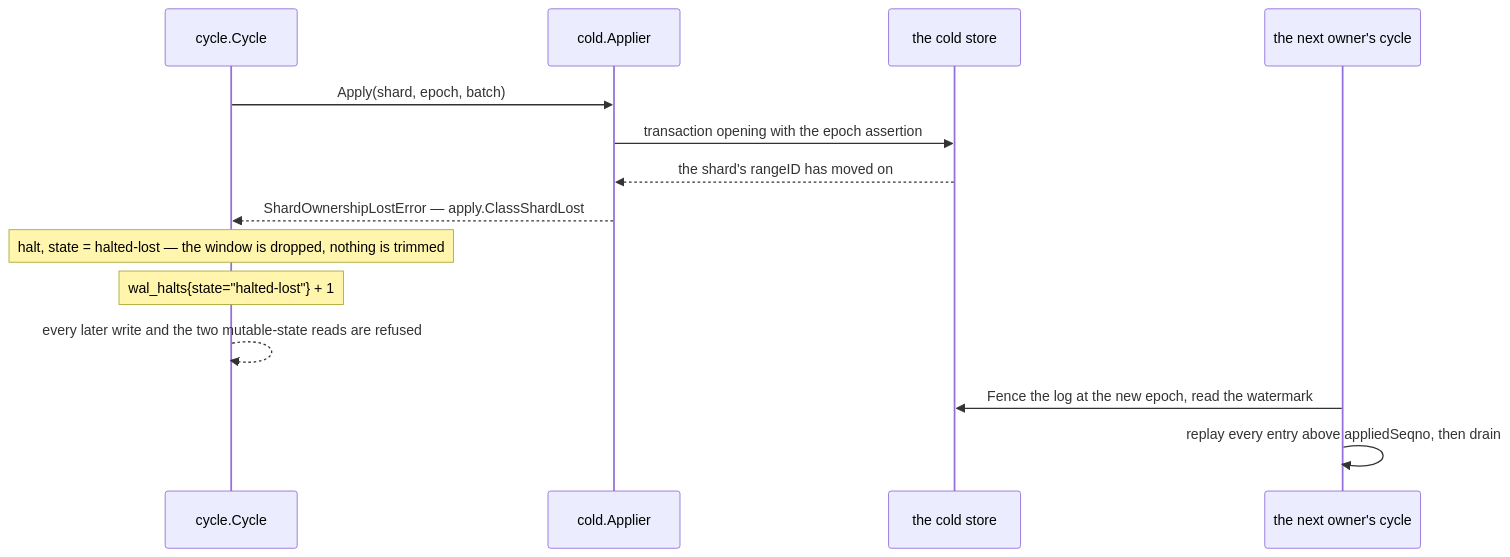
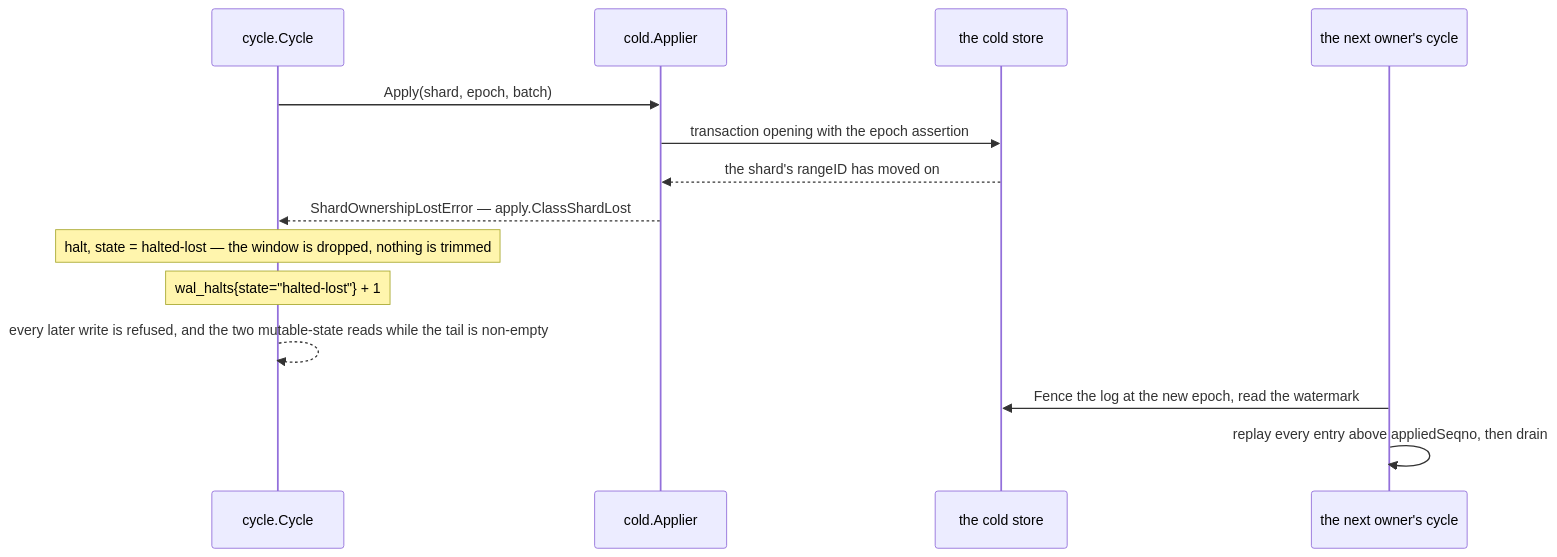
Before and after one commit to aromanovich/waltz: the seventh of 10 diagrams in docs/handbook/05-write-path.md, drawn with Mermaid. The commit also changed other lines of this file and 4 other files, not shown here.

````diff
--- a/docs/handbook/05-write-path.md
+++ b/docs/handbook/05-write-path.md
@@ -424,17 +424,17 @@
 ```mermaid
 sequenceDiagram
   participant CY as cycle.Cycle
   participant AP as cold.Applier
   participant CS as the cold store
   participant NX as the next owner's cycle
 
   CY->>AP: Apply(shard, epoch, batch)
   AP->>CS: transaction opening with the epoch assertion
   CS-->>AP: the shard's rangeID has moved on
   AP-->>CY: ShardOwnershipLostError — apply.ClassShardLost
   Note over CY: halt, state = halted-lost — the window is dropped, nothing is trimmed
   Note over CY: wal_halts{state="halted-lost"} + 1
-  CY-->>CY: every later write and the two mutable-state reads are refused
+  CY-->>CY: every later write is refused, and the two mutable-state reads while the tail is non-empty
   NX->>CS: Fence the log at the new epoch, read the watermark
   NX->>NX: replay every entry above appliedSeqno, then drain
 ```
````
